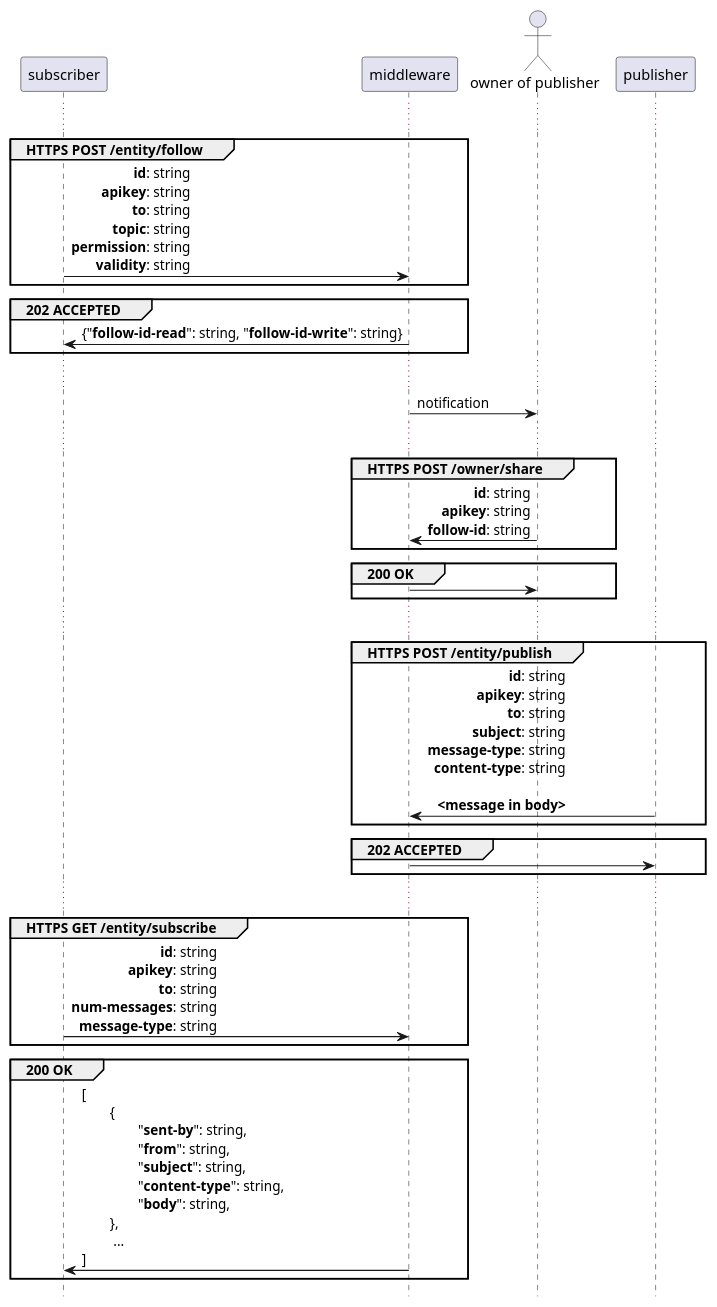
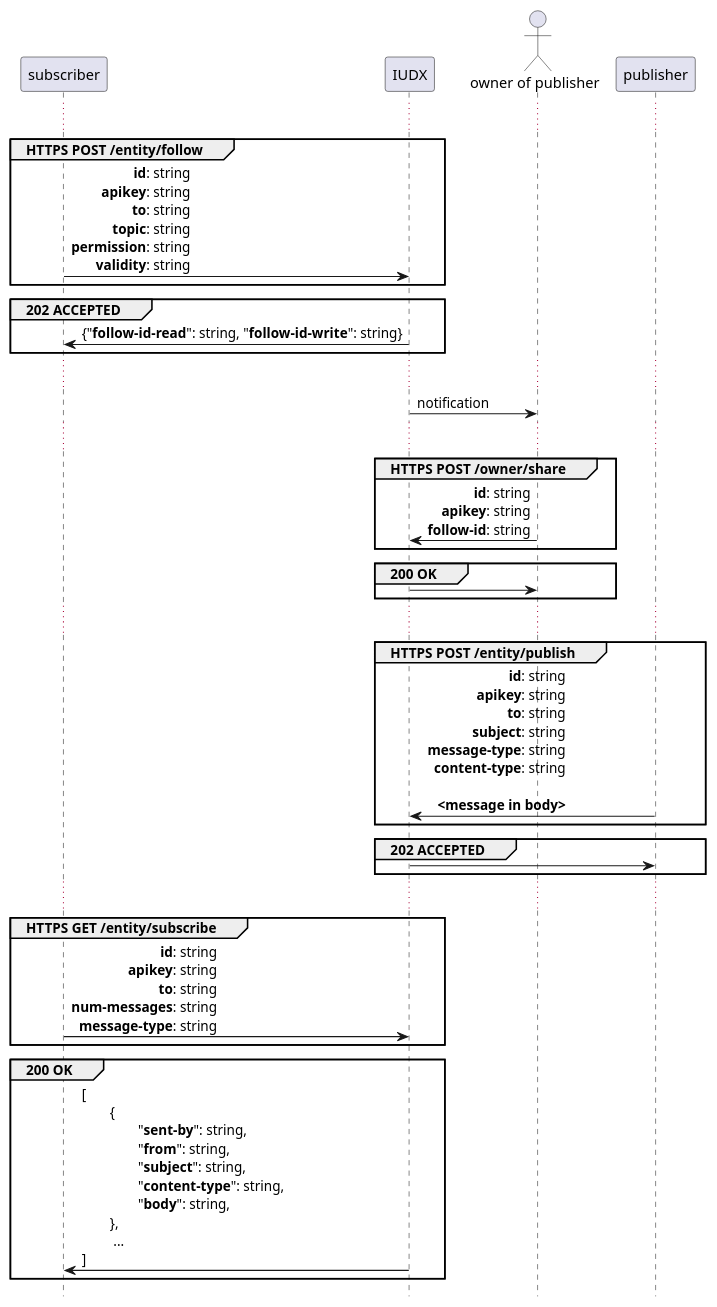
The diagram in DOCS/publish.plantuml (rbccps-iisc/corinthian), drawn with PlantUML before and after one commit. The commit also changed 7 other files, not shown here.

Commit message:
[skip travis] rename middleware with IUDX

```diff
--- a/DOCS/publish.plantuml
+++ b/DOCS/publish.plantuml
@@ -1,55 +1,55 @@
 @startuml
 hide footbox
 
 
 
 ...
 group HTTPS POST /entity/follow
-subscriber -> middleware: **id**: string\r**apikey**: string\r**to**: string\r**topic**: string\r**permission**: string\r**validity**: string
+subscriber -> IUDX: **id**: string\r**apikey**: string\r**to**: string\r**topic**: string\r**permission**: string\r**validity**: string
 end
 
 group 202 ACCEPTED
-middleware -> subscriber: {"**follow-id-read**": string, "**follow-id-write**": string}
+IUDX -> subscriber: {"**follow-id-read**": string, "**follow-id-write**": string}
 end
 
 ...
 
     actor "owner of publisher"
 
 	participant publisher
 
 
 
-middleware -> "owner of publisher" : notification
+IUDX -> "owner of publisher" : notification
 
 ...
 
 group HTTPS POST /owner/share                                                    
-"owner of publisher" -> middleware : **id**: string\r**apikey**: string\r**follow-id**: string 
+"owner of publisher" -> IUDX : **id**: string\r**apikey**: string\r**follow-id**: string 
 end                                                                              
                                                                                  
 group 200 OK                                                                     
-middleware -> "owner of publisher"                                                             
+IUDX -> "owner of publisher"                                                             
 end                                                                              
 
 ...
 
 group HTTPS POST /entity/publish
-publisher -> middleware: **id**: string\r**apikey**: string\r**to**: string\r**subject**: string\r**message-type**: string\r**content-type**: string\r\r**<message in body>**
+publisher -> IUDX: **id**: string\r**apikey**: string\r**to**: string\r**subject**: string\r**message-type**: string\r**content-type**: string\r\r**<message in body>**
 end
 
 group 202 ACCEPTED
-middleware -> publisher:
+IUDX -> publisher:
 end
 
 ...
 group HTTPS GET /entity/subscribe
 
-subscriber -> middleware: **id**: string\r**apikey**: string\r**to**: string\r**num-messages**: string\r**message-type**: string
+subscriber -> IUDX: **id**: string\r**apikey**: string\r**to**: string\r**num-messages**: string\r**message-type**: string
 end
 
 group 200 OK
-middleware -> subscriber: [\l\t{\t\r\t\t"**sent-by**": string,\r\t\t"**from**": string,\r\t\t"**subject**": string,\r\t\t"**content-type**": string,\r\t\t"**body**": string,\r\t},\l\t ...\l]
+IUDX -> subscriber: [\l\t{\t\r\t\t"**sent-by**": string,\r\t\t"**from**": string,\r\t\t"**subject**": string,\r\t\t"**content-type**": string,\r\t\t"**body**": string,\r\t},\l\t ...\l]
 end
 
 @enduml
```
